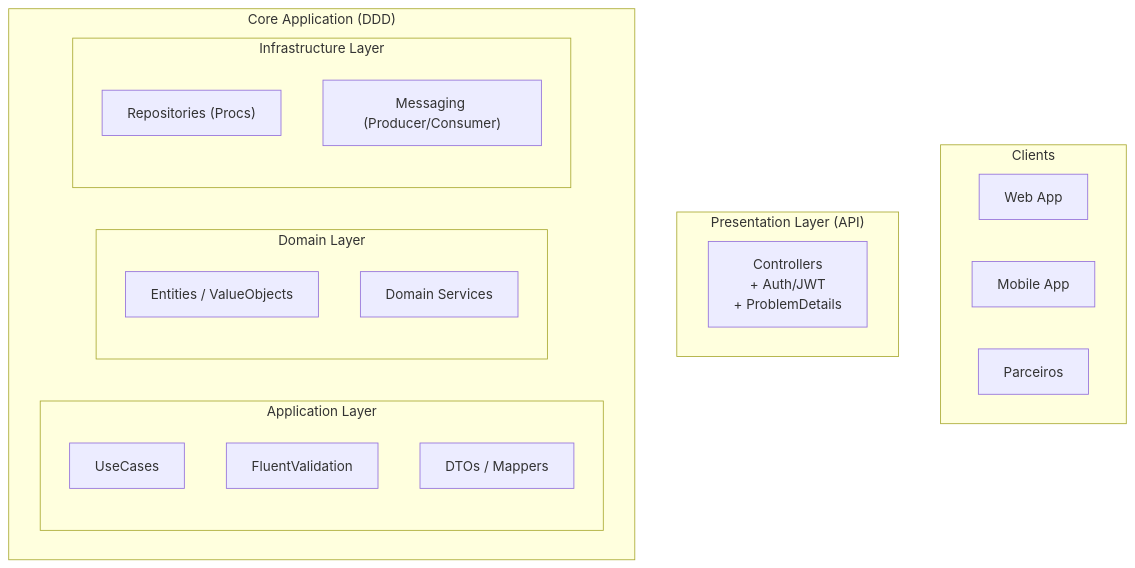
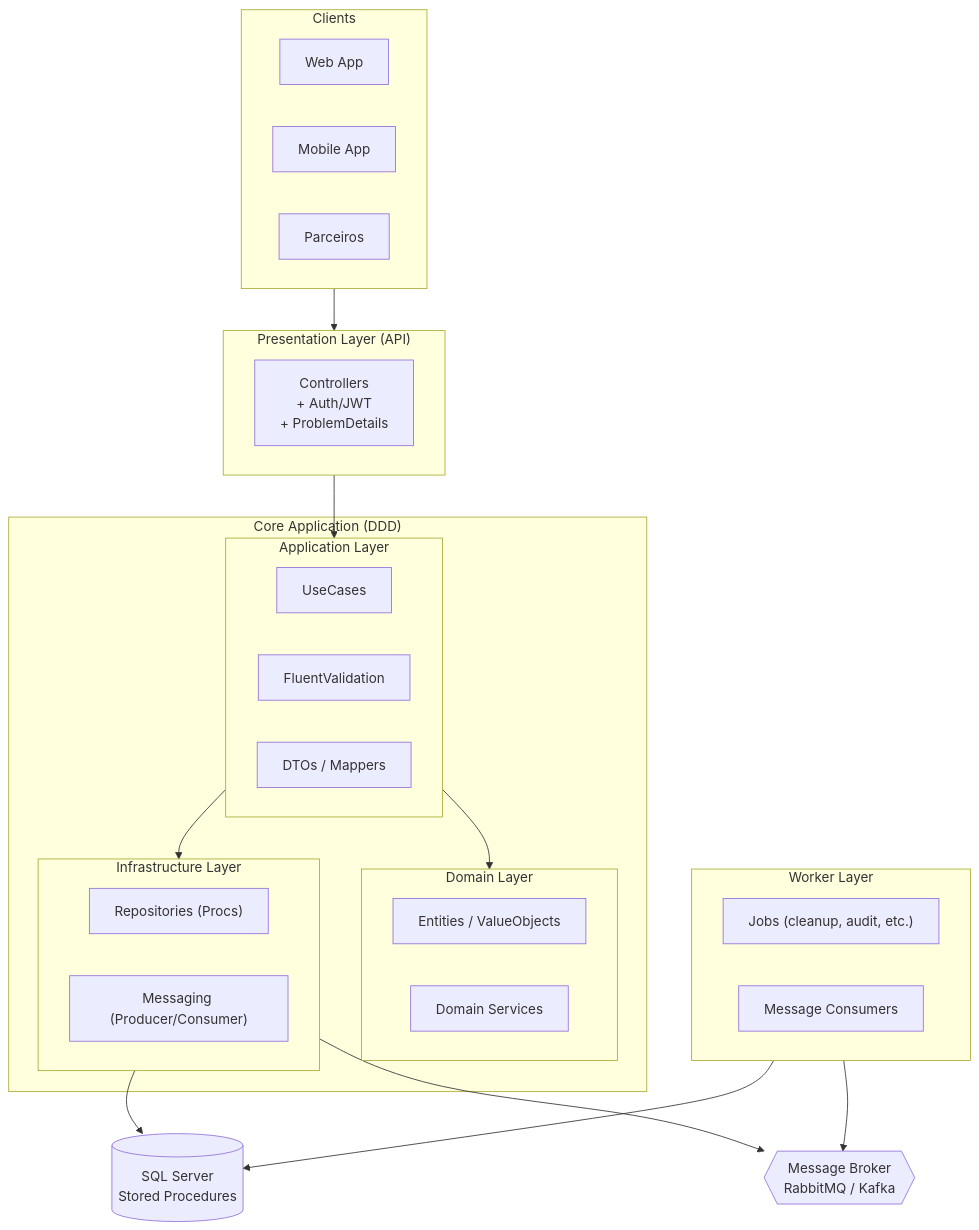
One commit to rodrigofurlaneti/FSI.Authentication.Api.BackEnd changed the diagram in README.md. Above: the diagram before and after it, drawn with Mermaid. The commit also changed other lines of this file, not shown here.

````diff
--- a/README.md
+++ b/README.md
@@ -1,36 +1,60 @@
 ```mermaid
 
-%% =====================================================================
-%% Arquitetura da Application Layer - FSI.Authentication
-%% =====================================================================
-
-%% VISÃO GERAL DA SOLUÇÃO (DDD/CQRS)
+%%{init: {"flowchart": {"htmlLabels": false}} }%%
 flowchart TB
 
+  %% === Clientes ===
   subgraph Clients["Clients"]
     Web["Web App"]
     Mobile["Mobile App"]
     Partner["Parceiros"]
   end
 
+  %% === API / Presentation ===
   subgraph Api["Presentation Layer (API)"]
     Controller["Controllers\n+ Auth/JWT\n+ ProblemDetails"]
   end
 
+  %% === Core DDD ===
   subgraph DDD["Core Application (DDD)"]
     subgraph Application["Application Layer"]
       UseCases["UseCases"]
       Validators["FluentValidation"]
       DTOs["DTOs / Mappers"]
     end
     subgraph Domain["Domain Layer"]
       Entities["Entities / ValueObjects"]
       Services["Domain Services"]
     end
     subgraph Infrastructure["Infrastructure Layer"]
       Repos["Repositories (Procs)"]
       Messaging["Messaging (Producer/Consumer)"]
     end
   end
 
+  %% === DB & Broker separados ===
+  DB[(SQL Server\nStored Procedures)]
+  Broker{{Message Broker\nRabbitMQ / Kafka}}
+
+  %% === Worker ===
+  subgraph Worker["Worker Layer"]
+    Jobs["Jobs (cleanup, audit, etc.)"]
+    Consumer["Message Consumers"]
+  end
+
+  %% Fluxos principais
+  Clients --> Api
+  Api --> Application
+  Application --> Domain
+  Application --> Infrastructure
+
+  %% Infra saídas paralelas
+  Infrastructure --> DB
+  Infrastructure --> Broker
+
+  %% Worker conexões (sem cruzar)
+  Worker --> DB
+  Worker --> Broker
+
+
 ```
````
